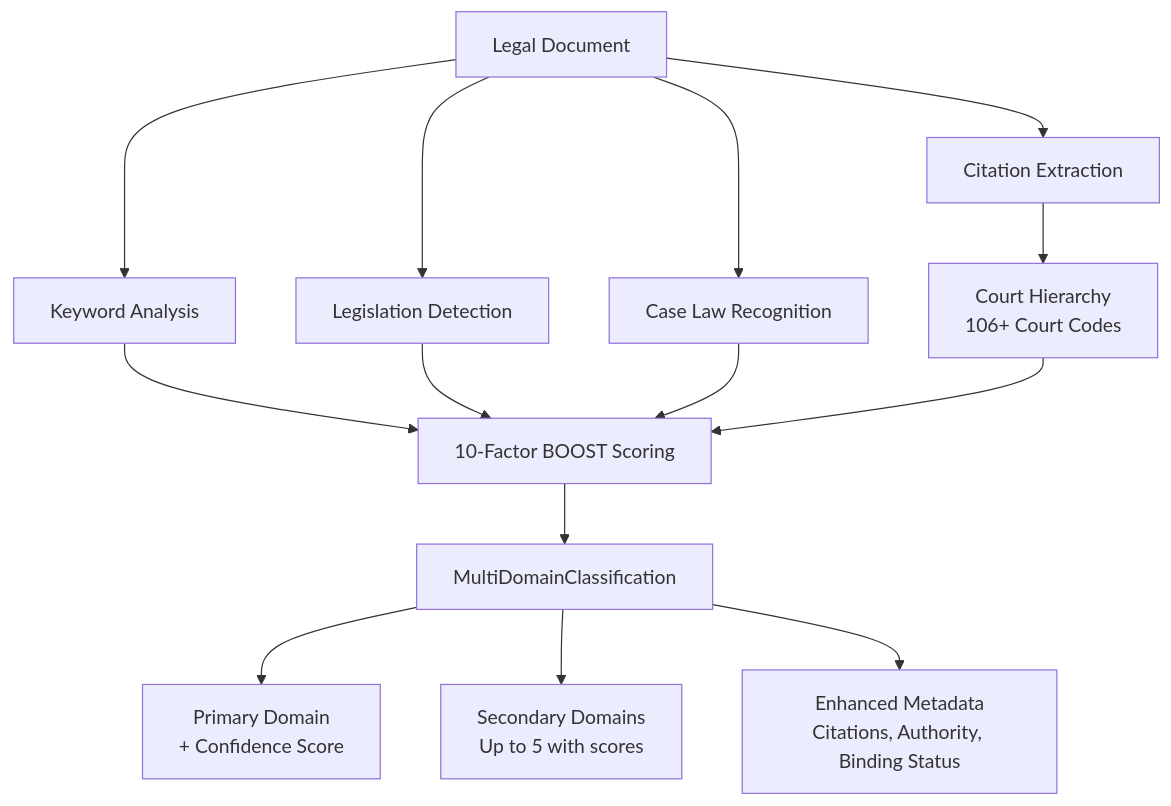
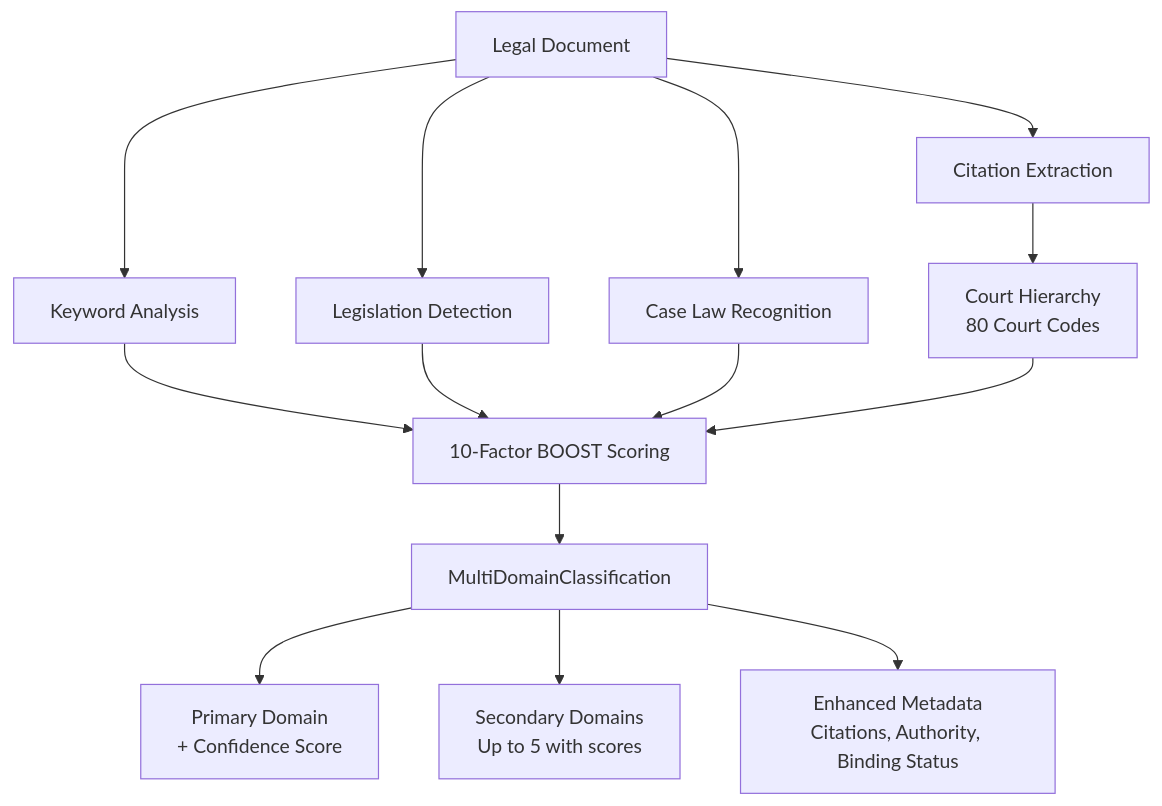
Diagram 11 of 18 in README.md (Verridian-ai/Functional-Structure-of-Episodic-Memory), drawn with Mermaid before and after one commit. The commit also changed other lines of this file and 4 other files, not shown here.

````diff
--- a/README.md
+++ b/README.md
@@ -594,20 +594,20 @@
 ```mermaid
 flowchart TB
     DOC[Legal Document] --> EXTRACT[Citation Extraction]
     DOC --> KW[Keyword Analysis]
     DOC --> LEG[Legislation Detection]
     DOC --> CASE[Case Law Recognition]
 
-    EXTRACT --> COURT[Court Hierarchy<br/>106+ Court Codes]
+    EXTRACT --> COURT[Court Hierarchy<br/>80 Court Codes]
 
     KW --> BOOST[10-Factor BOOST Scoring]
     LEG --> BOOST
     CASE --> BOOST
     COURT --> BOOST
 
     BOOST --> MULTI[MultiDomainClassification]
 
     MULTI --> PRIMARY[Primary Domain<br/>+ Confidence Score]
     MULTI --> SECONDARY[Secondary Domains<br/>Up to 5 with scores]
     MULTI --> META[Enhanced Metadata<br/>Citations, Authority, Binding Status]
 ```
````
